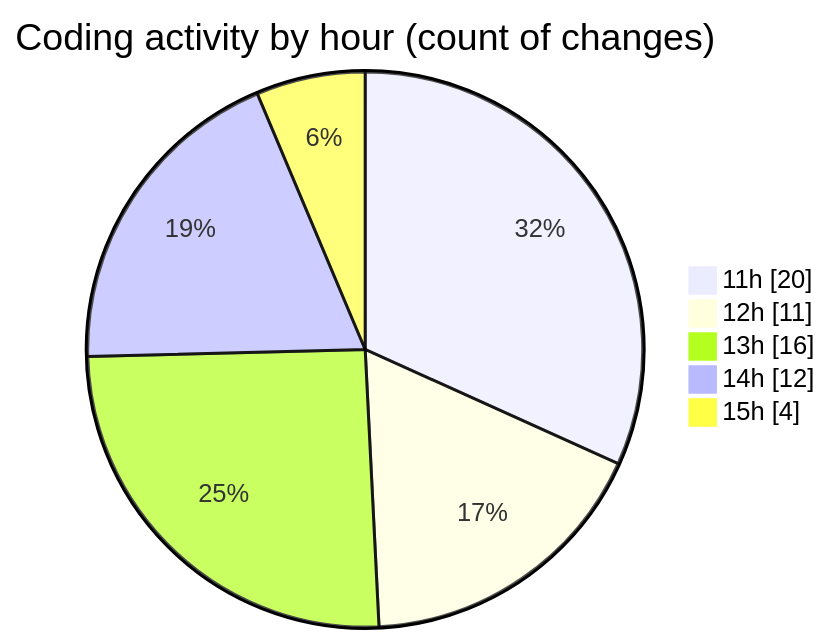
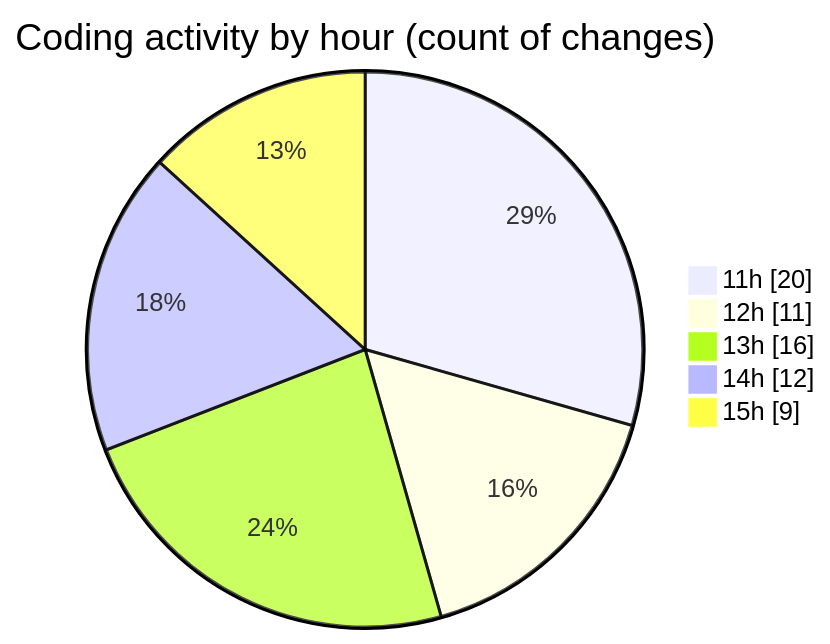
One commit to nxtqubesakshisongat/code-tracking changed the second of 2 diagrams in 2025-09-24/nxtqube_webapp/README.md. Above: the diagram before and after it, drawn with Mermaid. The commit also changed other lines of this file and 1 other file, not shown here.

````diff
--- a/2025-09-24/nxtqube_webapp/README.md
+++ b/2025-09-24/nxtqube_webapp/README.md
@@ -32,9 +32,9 @@
 ```mermaid
 pie showData
 title Coding activity by hour (count of changes)
 "11h" : 20
 "12h" : 11
 "13h" : 16
 "14h" : 12
-"15h" : 4
+"15h" : 9
 ```
````
